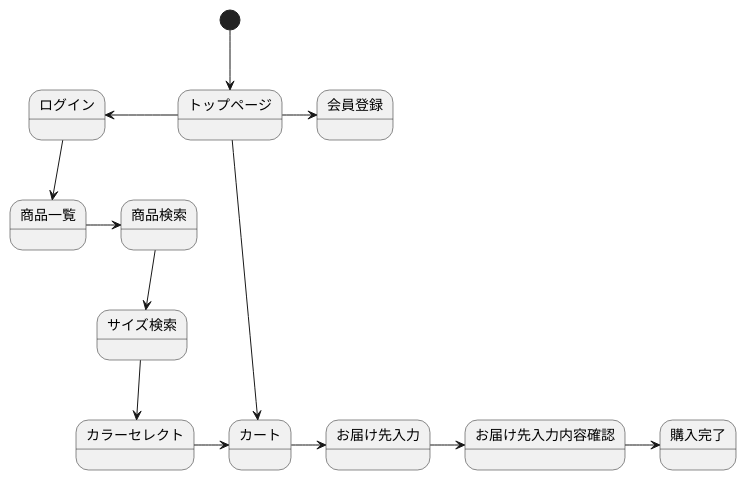
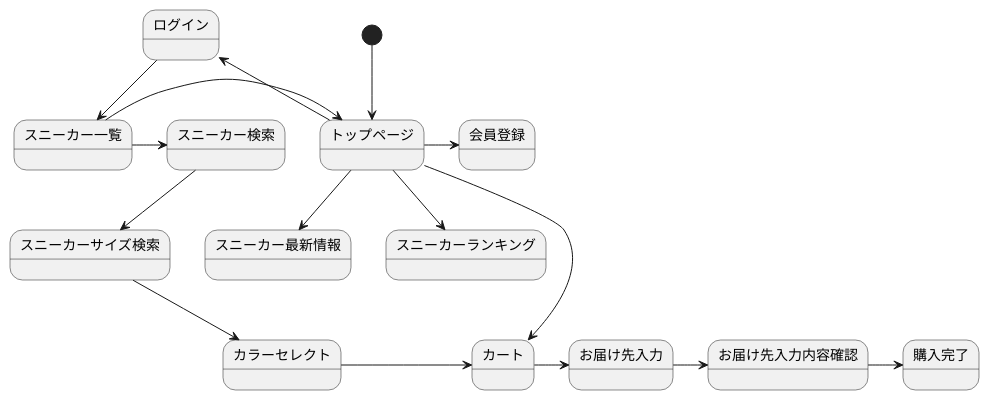
One commit to Aso2001379/2021sys-desing changed the diagram in kadai12.md. Above: the diagram before and after it, drawn with PlantUML.

````diff
--- a/kadai12.md
+++ b/kadai12.md
@@ -1,16 +1,19 @@
 ```uml
 @startuml
 [*] --> トップページ
 トップページ -> 会員登録
 トップページ -left-> ログイン
-ログイン --> 商品一覧
-商品一覧 -> 商品検索
-商品検索 --> サイズ検索
-サイズ検索 --> カラーセレクト
+トップページ --> スニーカー最新情報
+トップページ --> スニーカーランキング
+ログイン --> スニーカー一覧
+スニーカー一覧 -> スニーカー検索
+スニーカー一覧 -> トップページ
+スニーカー検索 --> スニーカーサイズ検索
+スニーカーサイズ検索 --> カラーセレクト
 カラーセレクト -> カート
 トップページ --> カート
 カート -> お届け先入力
 お届け先入力 -> お届け先入力内容確認
 お届け先入力内容確認 -> 購入完了
 @enduml
 ```
````
